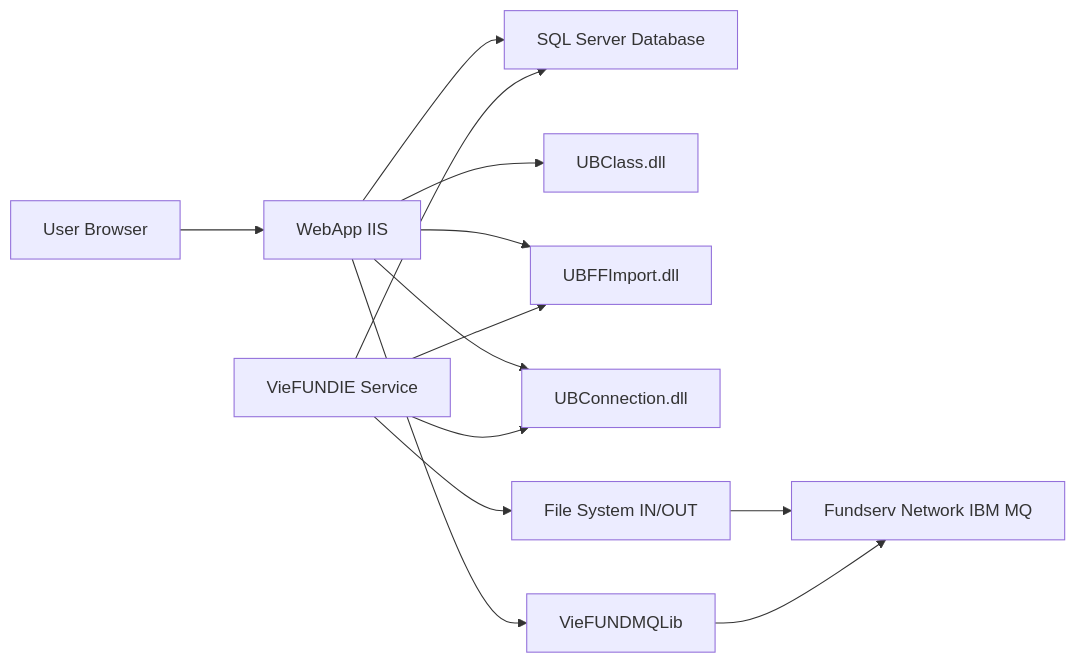
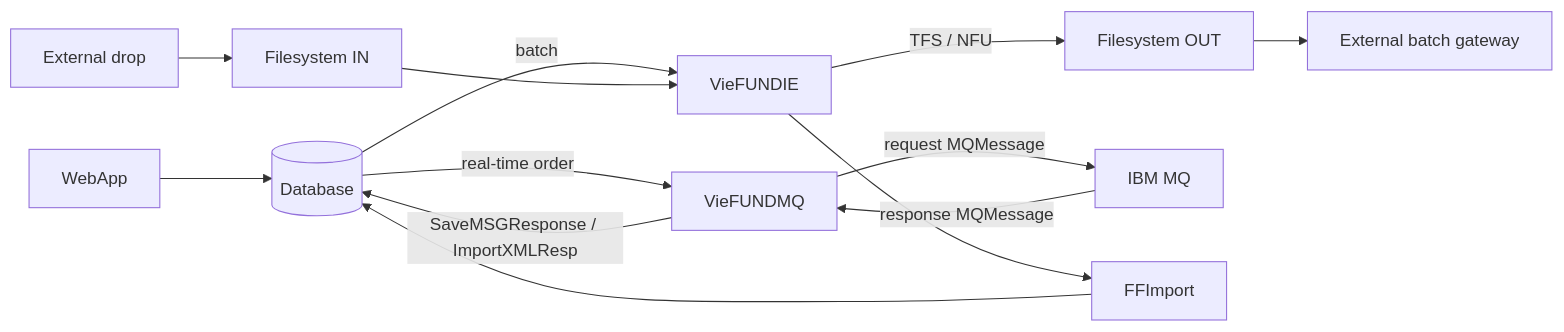
Before and after one commit to novemberrain2430/VieFUND_GitBookTest: the diagram in Docs_V2/topics/fundserv/source-code-guide.md, drawn with Mermaid. The commit also changed other lines of this file and 41 other files, not shown here.

````diff
--- a/Docs_V2/topics/fundserv/source-code-guide.md
+++ b/Docs_V2/topics/fundserv/source-code-guide.md
@@ -380,18 +7,15 @@
 ```mermaid
-graph LR
-    A[User Browser] --> B[WebApp IIS]
-    B --> C[SQL Server Database]
-    B --> D[UBClass.dll]
-    B --> E[UBFFImport.dll]
-    B --> F[UBConnection.dll]
-    
-    G[VieFUNDIE Service] --> E
-    G --> F
-    G --> C
-    G --> H[File System IN/OUT]
-    
-    H --> I[Fundserv Network IBM MQ]
-    
-    J[VieFUNDMQLib] --> I
-    B --> J
+flowchart LR
+    UI[WebApp] --> DB[(Database)]
+    DB -->|batch| IE[VieFUNDIE]
+    IE -->|TFS / NFU| OUT[Filesystem OUT]
+    OUT --> EXT[External batch gateway]
+    DB -->|real-time order| MQS[VieFUNDMQ]
+    MQS -->|request MQMessage| MQ[IBM MQ]
+    MQ -->|response MQMessage| MQS
+    MQS -->|SaveMSGResponse / ImportXMLResp| DB
+    DROP[External drop] --> IN[Filesystem IN]
+    IN --> IE
+    IE --> IMP[FFImport]
+    IMP --> DB
 ```
````
